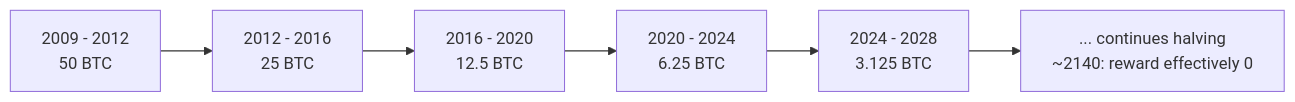
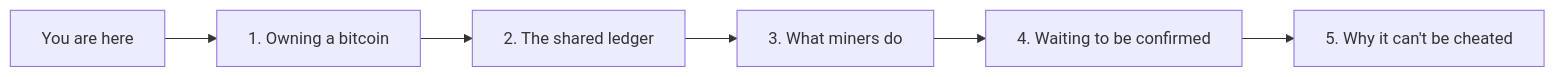
One commit to cypher256/BitcoinArchive changed the diagram in src/data/entries/en/analysis/2026-05-23-how-bitcoin-works-visual-glossary.md. Above: the diagram before and after it, drawn with Mermaid. The commit also changed other lines of this file and 45 other files, not shown here.

````diff
--- a/src/data/entries/en/analysis/2026-05-23-how-bitcoin-works-visual-glossary.md
+++ b/src/data/entries/en/analysis/2026-05-23-how-bitcoin-works-visual-glossary.md
@@ -274,8 +48,8 @@
 ```mermaid
 flowchart LR
-  E1[2009 - 2012<br/>50 BTC] --> E2[2012 - 2016<br/>25 BTC]
-  E2 --> E3[2016 - 2020<br/>12.5 BTC]
-  E3 --> E4[2020 - 2024<br/>6.25 BTC]
-  E4 --> E5[2024 - 2028<br/>3.125 BTC]
-  E5 --> ETC[... continues halving<br/>~2140: reward effectively 0]
+  L0[You are here] --> G1[1. Owning a bitcoin]
+  G1 --> G2[2. The shared ledger]
+  G2 --> G3[3. What miners do]
+  G3 --> G4[4. Waiting to be confirmed]
+  G4 --> G5[5. Why it can't be cheated]
 ```
````
